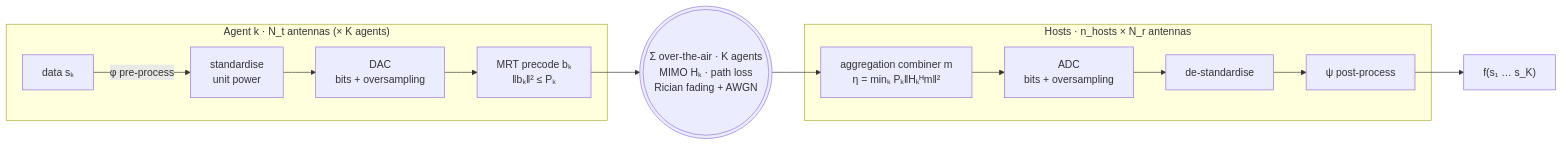
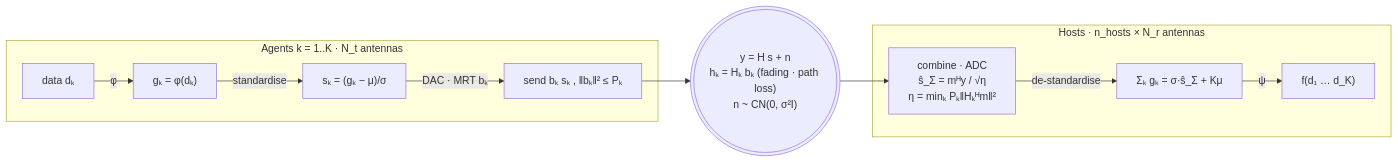
The first of 13 diagrams in README.md (wincle626/OverAirCompute), drawn with Mermaid before and after one commit. The commit also changed other lines of this file, not shown here.

````diff
--- a/README.md
+++ b/README.md
@@ -237,16 +252,14 @@
 ```mermaid
 flowchart LR
-    subgraph AGENT["Agent k  ·  N_t antennas  (× K agents)"]
-      s["data sₖ"] -->|"φ pre-process"| std["standardise<br/>unit power"]
-      std --> dac["DAC<br/>bits + oversampling"]
-      dac --> mrt["MRT precode bₖ<br/>‖bₖ‖² ≤ Pₖ"]
+    subgraph TX["Agents k = 1..K  ·  N_t antennas"]
+      d["data dₖ"] -->|"φ"| g["gₖ = φ(dₖ)"]
+      g -->|"standardise"| sk["sₖ = (gₖ − μ)/σ"]
+      sk -->|"DAC · MRT bₖ"| xk["send bₖ sₖ , ‖bₖ‖² ≤ Pₖ"]
     end
-    mrt --> air((("Σ over-the-air · K agents<br/>MIMO Hₖ · path loss<br/>Rician fading + AWGN")))
-    air --> rx
-    subgraph HOST["Hosts  ·  n_hosts × N_r antennas"]
-      rx["aggregation combiner m<br/>η = minₖ Pₖ‖Hₖᴴm‖²"] --> adc["ADC<br/>bits + oversampling"]
-      adc --> inv["de-standardise"]
-      inv --> psi["ψ post-process"]
+    xk --> mdl((("y = H s + n<br/>hₖ = Hₖ bₖ (fading · path loss)<br/>n ~ CN(0, σ²I)")))
+    mdl --> rx
+    subgraph RX["Hosts · n_hosts × N_r antennas"]
+      rx["combine · ADC<br/>ŝ_Σ = mᴴy / √η<br/>η = minₖ Pₖ‖Hₖᴴm‖²"] -->|"de-standardise"| sig["Σₖ gₖ = σ·ŝ_Σ + Kμ"]
+      sig -->|"ψ"| out["f(d₁ … d_K)"]
     end
-    psi --> out["f(s₁ … s_K)"]
 ```
````
